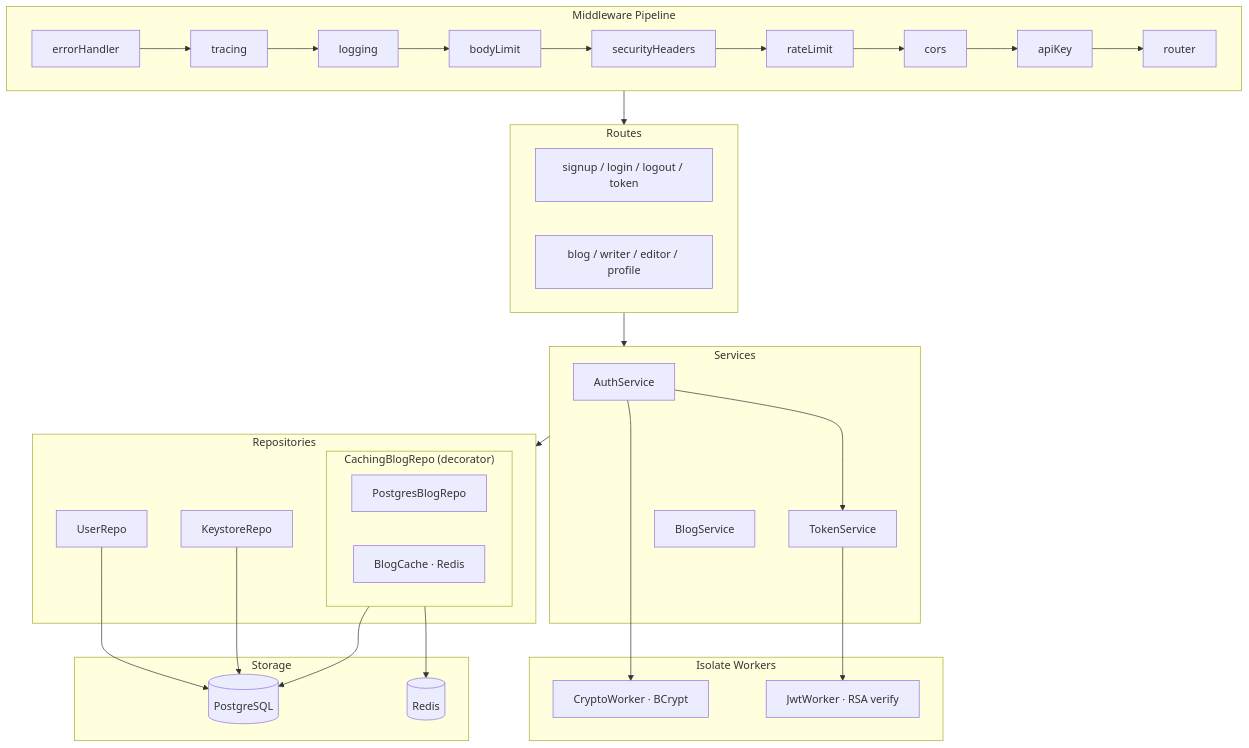
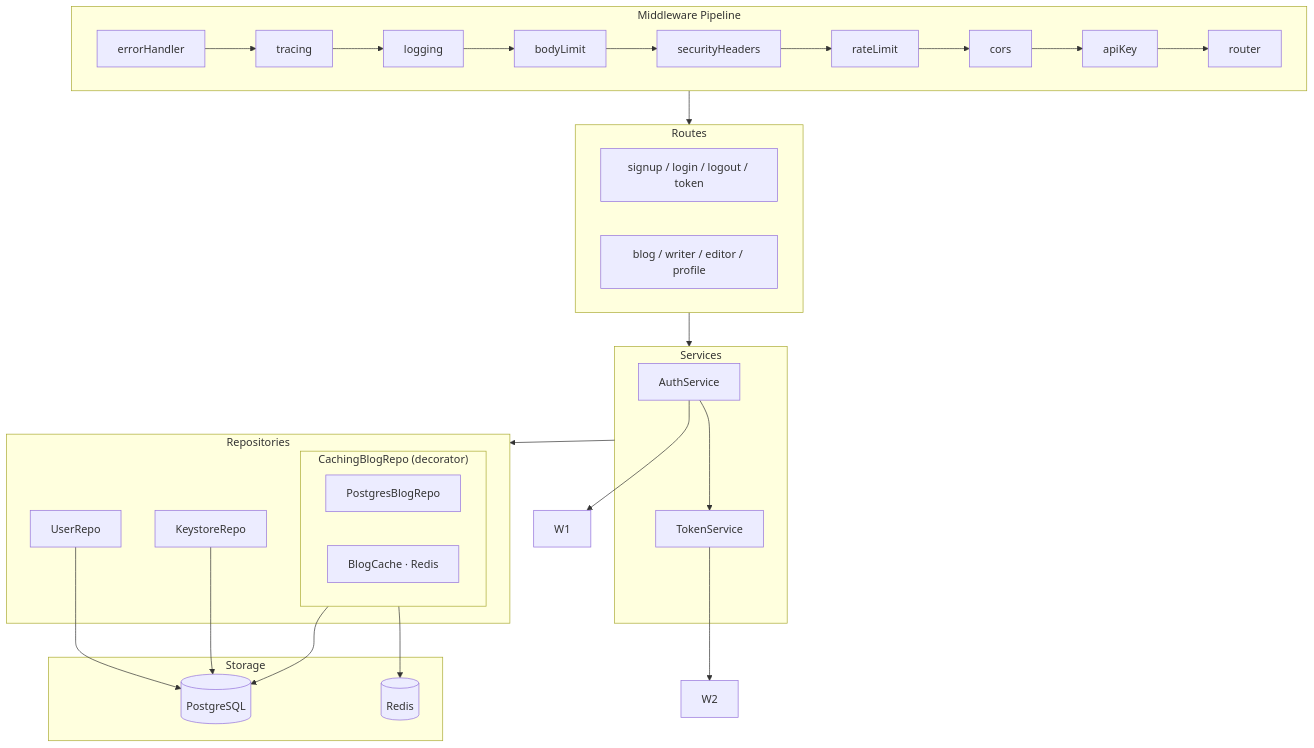
Before and after one commit to donfreddy/dart-backend-architecture: the diagram in README.md, drawn with Mermaid. The commit also changed other lines of this file, not shown here.

Commit message:
docs: update README to reflect removed isolates, ApiResponse, EventBus, BlogService

````diff
--- a/README.md
+++ b/README.md
@@ -49,50 +48,44 @@
 ```mermaid
 graph TD
     subgraph MW["Middleware Pipeline"]
         direction LR
         A[errorHandler] --> B[tracing] --> C[logging]
         C --> D[bodyLimit] --> E[securityHeaders]
         E --> F[rateLimit] --> G[cors] --> H[apiKey] --> I[router]
     end
 
     subgraph Routes["Routes"]
         R1[signup / login / logout / token]
         R2[blog / writer / editor / profile]
     end
 
     subgraph Services["Services"]
         S1[AuthService]
         S2[TokenService]
-        S3[BlogService]
-    end
-
-    subgraph Workers["Isolate Workers"]
-        W1[CryptoWorker · BCrypt]
-        W2[JwtWorker · RSA verify]
     end
 
     subgraph Repos["Repositories"]
         subgraph CACHE["CachingBlogRepo (decorator)"]
             BR[PostgresBlogRepo]
             BC[BlogCache · Redis]
         end
         UR[UserRepo]
         KR[KeystoreRepo]
     end
 
     subgraph Storage["Storage"]
         PG[(PostgreSQL)]
         RD[(Redis)]
     end
 
     MW --> Routes
     Routes --> Services
     S1 --> W1
     S1 --> S2
     S2 --> W2
     Services --> Repos
     UR --> PG
     KR --> PG
     CACHE --> PG
     CACHE --> RD
 ```
````
